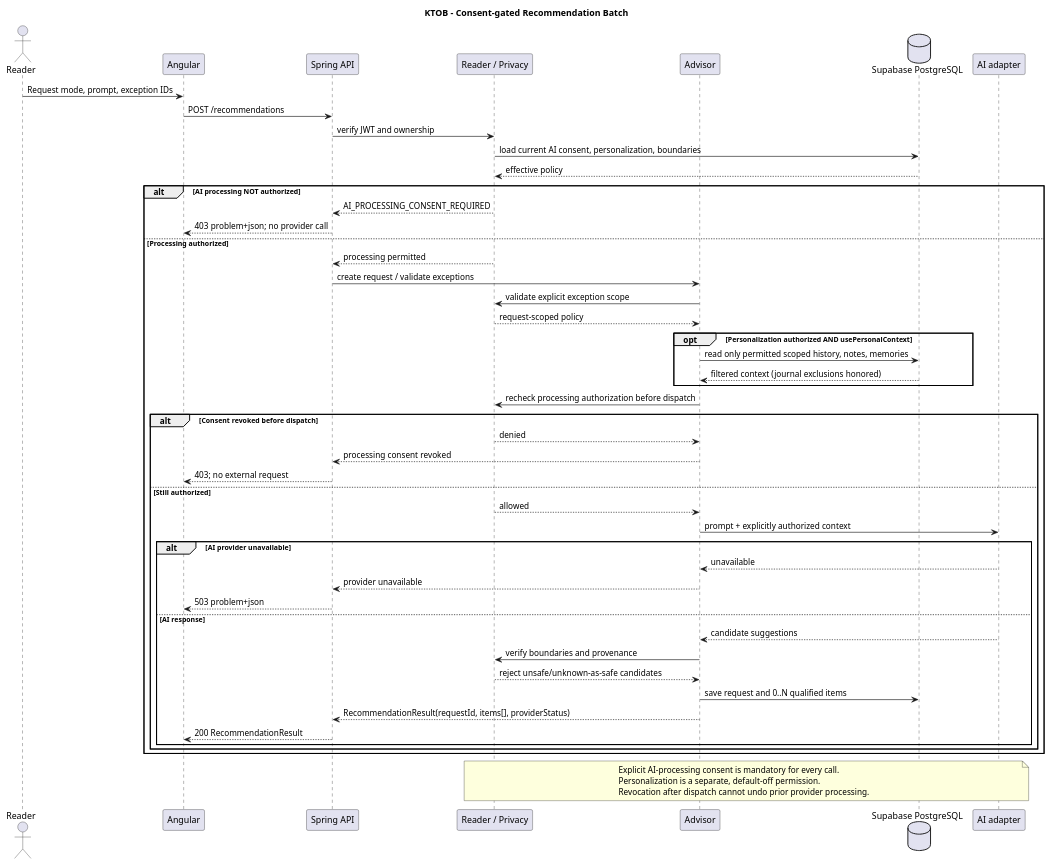
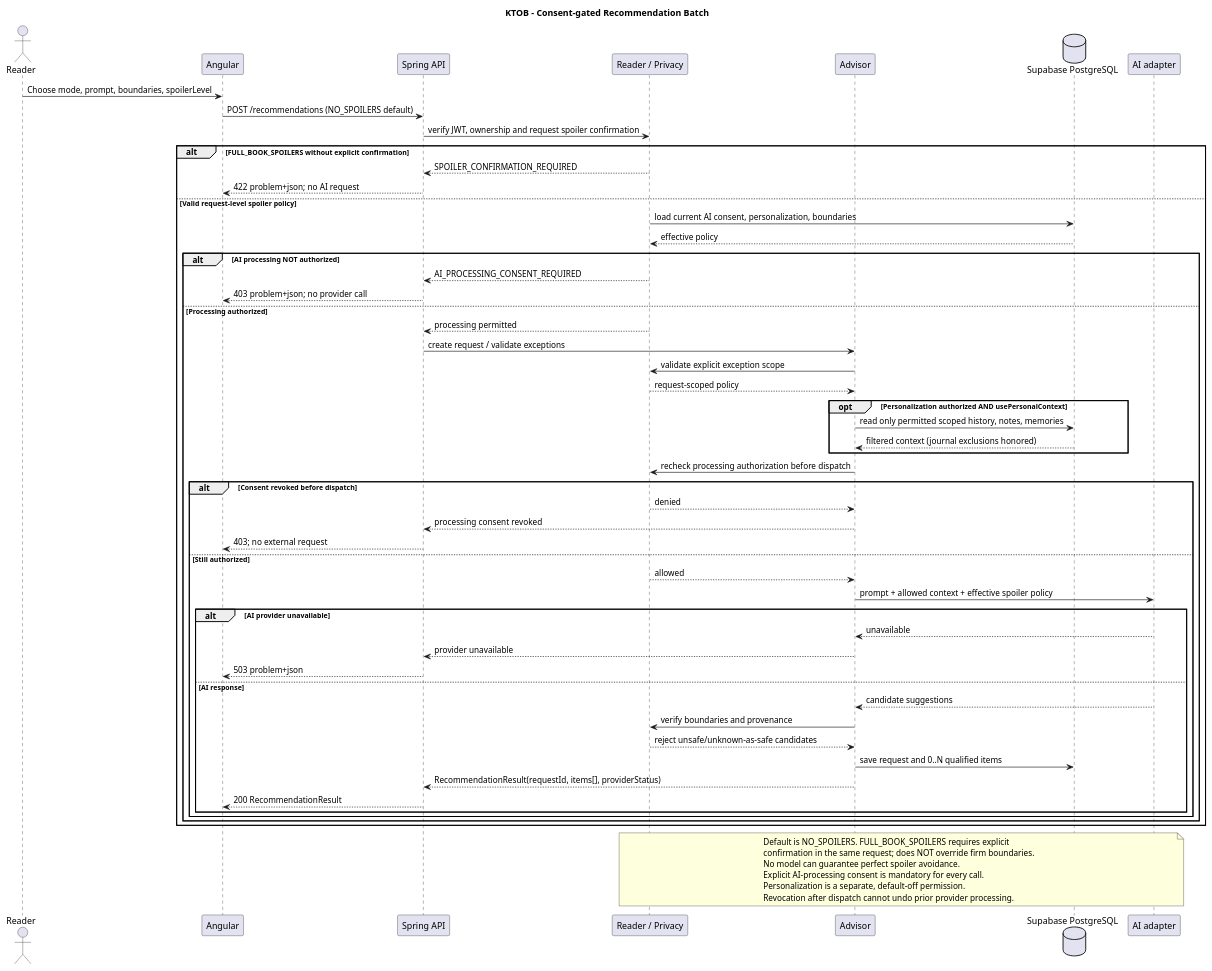
One commit to Adam-BArbia/ktob-literary-companion changed the diagram in docs/uml/09-sequence-recommendation.puml. Above: the diagram before and after it, drawn with PlantUML. The commit also changed 18 other files, not shown here.

Commit message:
docs(architecture): apply approved R1 ratings progress profile and spoiler defaults

```diff
--- a/docs/uml/09-sequence-recommendation.puml
+++ b/docs/uml/09-sequence-recommendation.puml
@@ -1,54 +1,62 @@
 @startuml KTOB_09_sequence_recommendation
 title KTOB - Consent-gated Recommendation Batch
 actor Reader
 participant "Angular" as UI
 participant "Spring API" as API
 participant "Reader / Privacy" as Privacy
 participant "Advisor" as Advisor
 database "Supabase PostgreSQL" as DB
 participant "AI adapter" as AI
-Reader -> UI : Request mode, prompt, exception IDs
-UI -> API : POST /recommendations
-API -> Privacy : verify JWT and ownership
+Reader -> UI : Choose mode, prompt, boundaries, spoilerLevel
+UI -> API : POST /recommendations (NO_SPOILERS default)
+API -> Privacy : verify JWT, ownership and request spoiler confirmation
+alt FULL_BOOK_SPOILERS without explicit confirmation
+ Privacy --> API : SPOILER_CONFIRMATION_REQUIRED
+ API --> UI : 422 problem+json; no AI request
+else Valid request-level spoiler policy
 Privacy -> DB : load current AI consent, personalization, boundaries
 DB --> Privacy : effective policy
 alt AI processing NOT authorized
  Privacy --> API : AI_PROCESSING_CONSENT_REQUIRED
  API --> UI : 403 problem+json; no provider call
 else Processing authorized
  Privacy --> API : processing permitted
  API -> Advisor : create request / validate exceptions
  Advisor -> Privacy : validate explicit exception scope
  Privacy --> Advisor : request-scoped policy
  opt Personalization authorized AND usePersonalContext
   Advisor -> DB : read only permitted scoped history, notes, memories
   DB --> Advisor : filtered context (journal exclusions honored)
  end
  Advisor -> Privacy : recheck processing authorization before dispatch
  alt Consent revoked before dispatch
   Privacy --> Advisor : denied
   Advisor --> API : processing consent revoked
 API --> UI : 403; no external request
  else Still authorized
   Privacy --> Advisor : allowed
-  Advisor -> AI : prompt + explicitly authorized context
+  Advisor -> AI : prompt + allowed context + effective spoiler policy
   alt AI provider unavailable
    AI --> Advisor : unavailable
    Advisor --> API : provider unavailable
 API --> UI : 503 problem+json
   else AI response
    AI --> Advisor : candidate suggestions
    Advisor -> Privacy : verify boundaries and provenance
    Privacy --> Advisor : reject unsafe/unknown-as-safe candidates
    Advisor -> DB : save request and 0..N qualified items
    Advisor --> API : RecommendationResult(requestId, items[], providerStatus)
 API --> UI : 200 RecommendationResult
   end
  end
 end
+end
 note over Privacy,AI
+Default is NO_SPOILERS. FULL_BOOK_SPOILERS requires explicit
+confirmation in the same request; does NOT override firm boundaries.
+No model can guarantee perfect spoiler avoidance.
 Explicit AI-processing consent is mandatory for every call.
 Personalization is a separate, default-off permission.
 Revocation after dispatch cannot undo prior provider processing.
 end note
 @enduml
```
